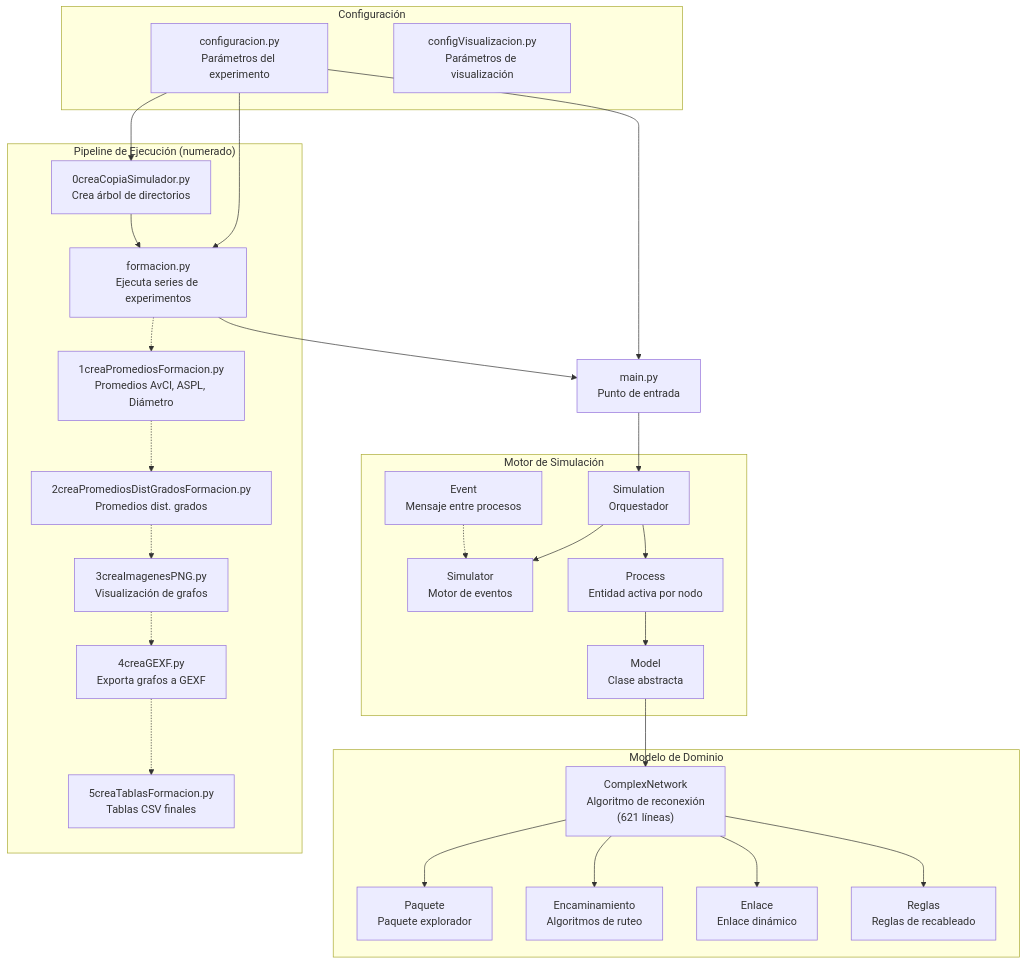
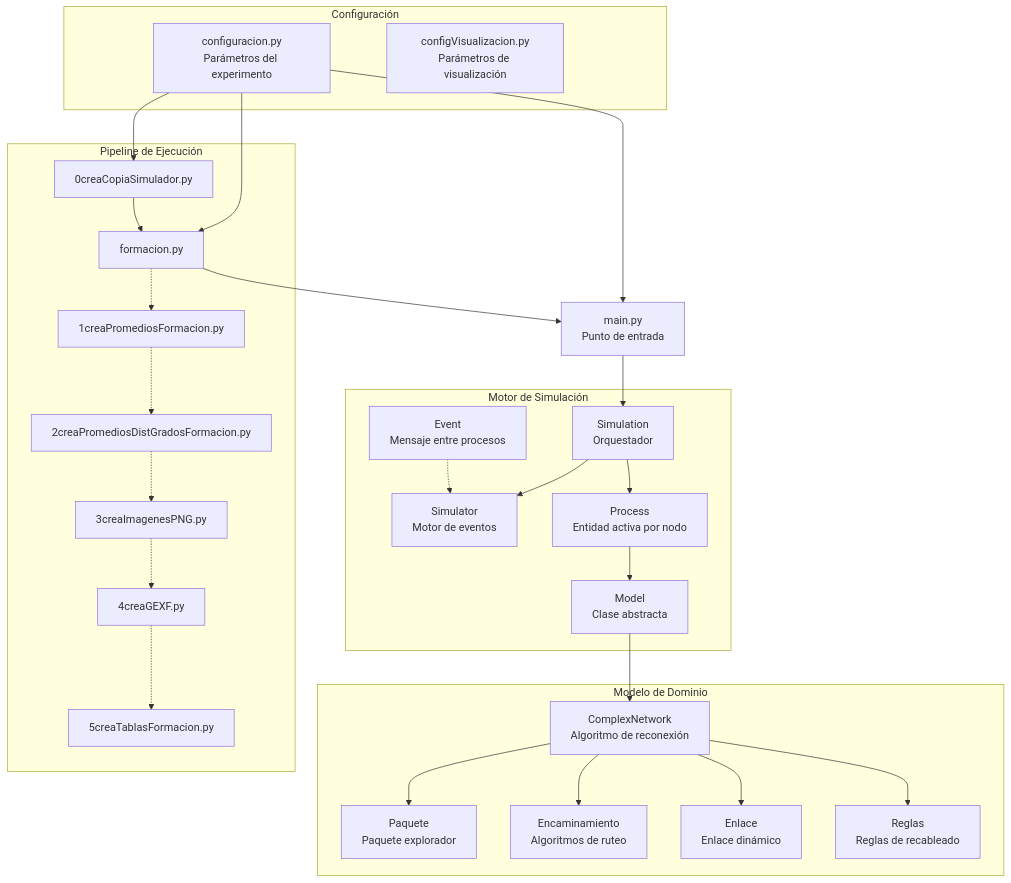
Before and after one commit to netscience/rewiring: the first of 6 diagrams in README.md, drawn with Mermaid. The commit also changed other lines of this file and 2 other files, not shown here.

````diff
--- a/README.md
+++ b/README.md
@@ -11,55 +131,55 @@
 ```mermaid
 graph TD
     subgraph "Motor de Simulación"
         SIM["Simulator<br/>Motor de eventos"]
         SIMUL["Simulation<br/>Orquestador"]
         PROC["Process<br/>Entidad activa por nodo"]
         MODEL["Model<br/>Clase abstracta"]
         EVT["Event<br/>Mensaje entre procesos"]
     end
 
     subgraph "Modelo de Dominio"
-        CN["ComplexNetwork<br/>Algoritmo de reconexión<br/>(621 líneas)"]
+        CN["ComplexNetwork<br/>Algoritmo de reconexión"]
         PKG["Paquete<br/>Paquete explorador"]
         ENC["Encaminamiento<br/>Algoritmos de ruteo"]
         ENL["Enlace<br/>Enlace dinámico"]
         REG["Reglas<br/>Reglas de recableado"]
     end
 
     subgraph "Configuración"
         CONF["configuracion.py<br/>Parámetros del experimento"]
         CONFV["configVisualizacion.py<br/>Parámetros de visualización"]
     end
 
-    subgraph "Pipeline de Ejecución (numerado)"
-        S0["0creaCopiaSimulador.py<br/>Crea árbol de directorios"]
-        FORM["formacion.py<br/>Ejecuta series de experimentos"]
-        S1["1creaPromediosFormacion.py<br/>Promedios AvCl, ASPL, Diámetro"]
-        S2["2creaPromediosDistGradosFormacion.py<br/>Promedios dist. grados"]
-        S3["3creaImagenesPNG.py<br/>Visualización de grafos"]
-        S4["4creaGEXF.py<br/>Exporta grafos a GEXF"]
-        S5["5creaTablasFormacion.py<br/>Tablas CSV finales"]
+    subgraph "Pipeline de Ejecución"
+        S0["0creaCopiaSimulador.py"]
+        FORM["formacion.py"]
+        S1["1creaPromediosFormacion.py"]
+        S2["2creaPromediosDistGradosFormacion.py"]
+        S3["3creaImagenesPNG.py"]
+        S4["4creaGEXF.py"]
+        S5["5creaTablasFormacion.py"]
     end
 
     MAIN["main.py<br/>Punto de entrada"] --> SIMUL
     SIMUL --> SIM
     SIMUL --> PROC
     PROC --> MODEL
     MODEL --> CN
     CN --> PKG
     CN --> ENC
     CN --> ENL
     CN --> REG
     EVT -.-> SIM
 
     CONF --> MAIN
     CONF --> S0
     CONF --> FORM
     FORM --> MAIN
     S0 --> FORM
     FORM -.-> S1
     S1 -.-> S2
     S2 -.-> S3
     S3 -.-> S4
     S4 -.-> S5
 ```
````
